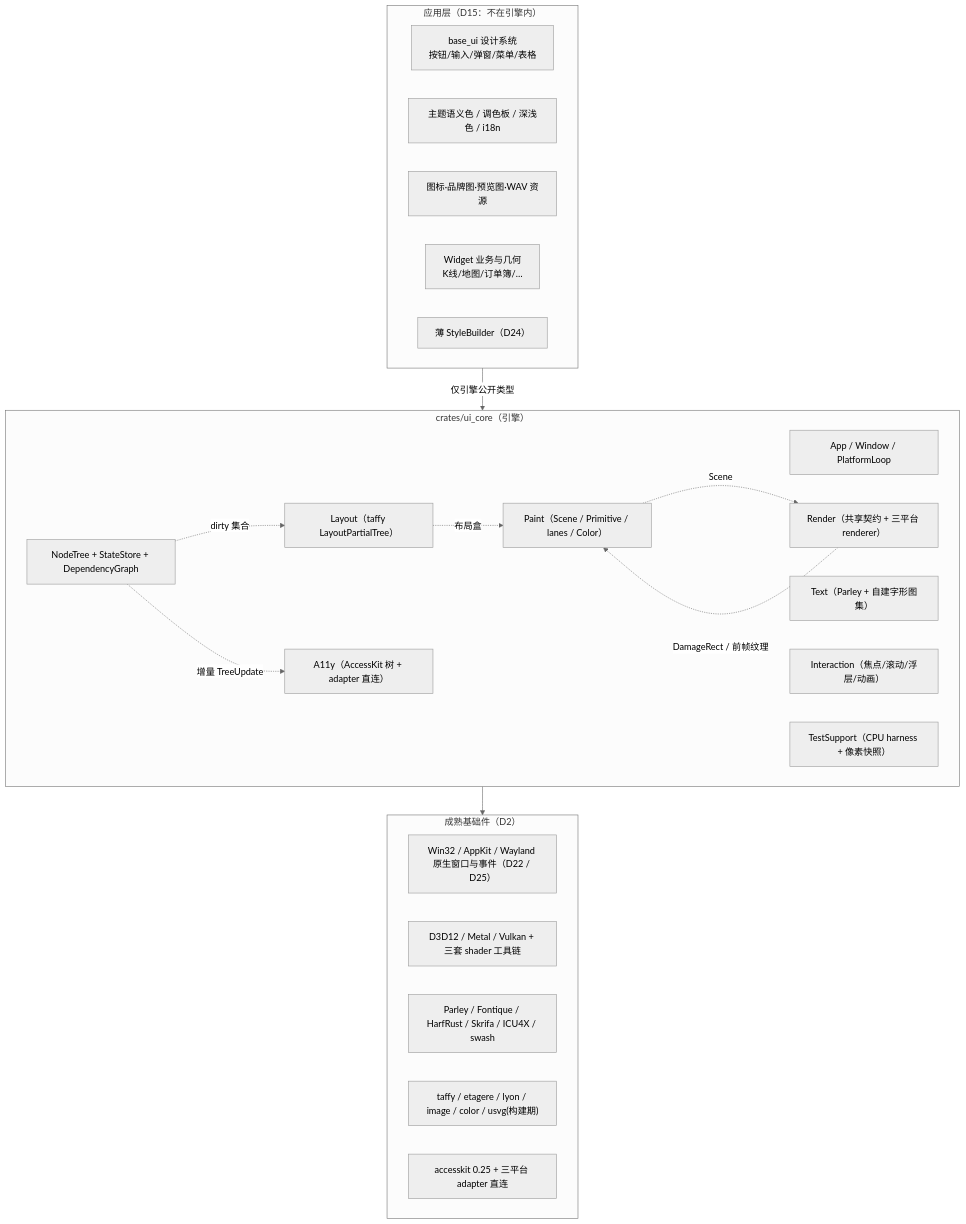
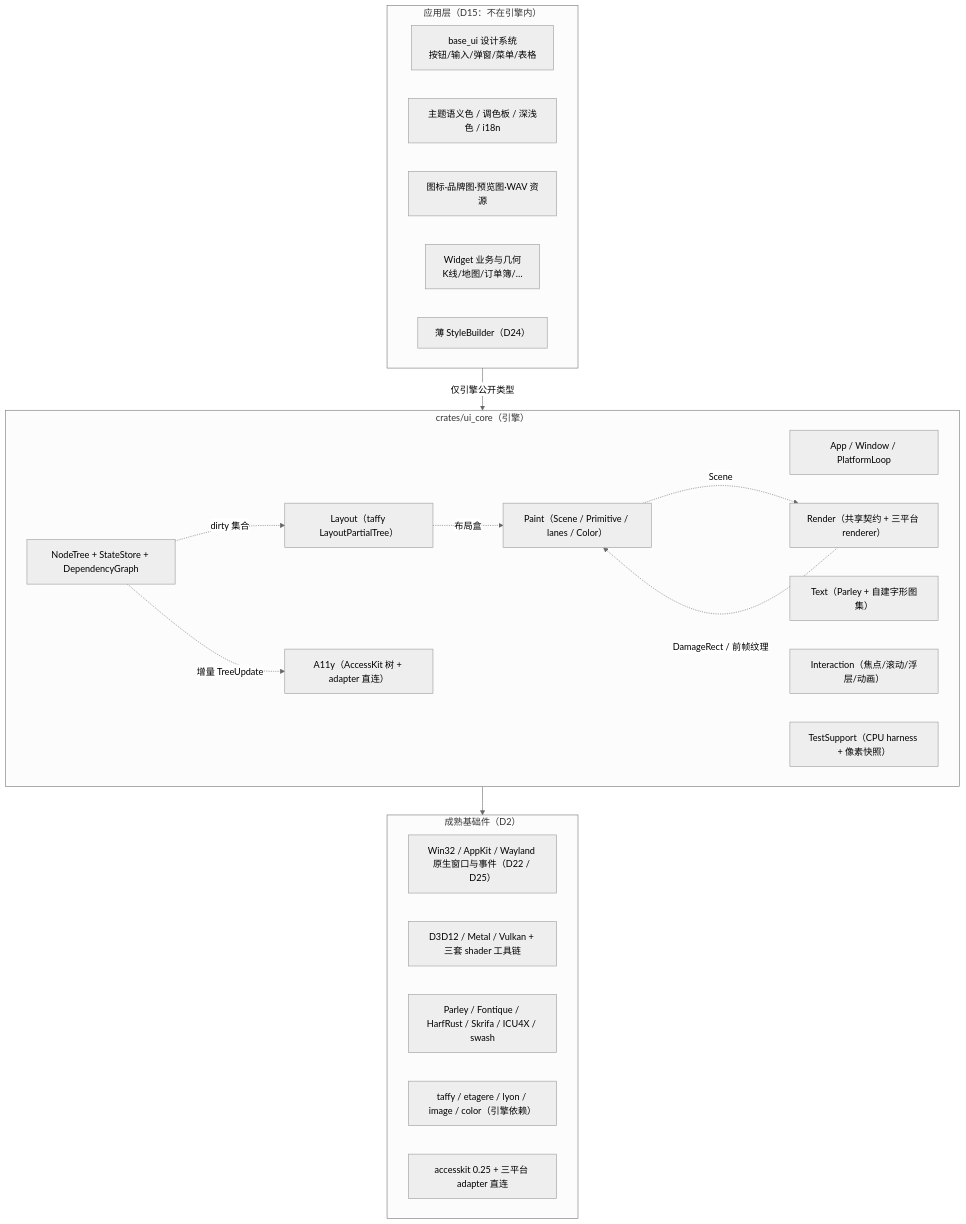
The first of 4 diagrams in crates/ui_core/design/custom-gui-engine-design.md (kytrix-industries/kytrix), drawn with Mermaid (neutral theme) before and after one commit. The commit also changed other lines of this file, not shown here.

````diff
--- a/crates/ui_core/design/custom-gui-engine-design.md
+++ b/crates/ui_core/design/custom-gui-engine-design.md
@@ -86,35 +99,35 @@
 ```mermaid
 flowchart TB
     subgraph APP["应用层（D15：不在引擎内）"]
         A1["base_ui 设计系统<br/>按钮/输入/弹窗/菜单/表格"]
         A2["主题语义色 / 调色板 / 深浅色 / i18n"]
         A3["图标·品牌图·预览图·WAV 资源"]
         A4["Widget 业务与几何<br/>K线/地图/订单簿/…"]
         A5["薄 StyleBuilder（D24）"]
     end
     subgraph ENG["crates/ui_core（引擎）"]
         E1["App / Window / PlatformLoop"]
         E2["NodeTree + StateStore + DependencyGraph"]
         E3["Layout（taffy LayoutPartialTree）"]
         E4["Text（Parley + 自建字形图集）"]
         E5["Paint（Scene / Primitive / lanes / Color）"]
         E6["Render（共享契约 + 三平台 renderer）"]
         E7["Interaction（焦点/滚动/浮层/动画）"]
         E8["A11y（AccessKit 树 + adapter 直连）"]
         E9["TestSupport（CPU harness + 像素快照）"]
     end
     subgraph BASE["成熟基础件（D2）"]
         B1["Win32 / AppKit / Wayland 原生窗口与事件（D22 / D25）"]
         B2["D3D12 / Metal / Vulkan + 三套 shader 工具链"]
         B3["Parley / Fontique / HarfRust / Skrifa / ICU4X / swash"]
-        B4["taffy / etagere / lyon / image / color / usvg(构建期)"]
+        B4["taffy / etagere / lyon / image / color（引擎依赖）"]
         B5["accesskit 0.25 + 三平台 adapter 直连"]
     end
     APP -->|" 仅引擎公开类型 "| ENG
     ENG --> BASE
     E2 -.->|" dirty 集合 "| E3
     E3 -.->|" 布局盒 "| E5
     E5 -.->|" Scene "| E6
     E6 -.->|" DamageRect / 前帧纹理 "| E5
     E2 -.->|" 增量 TreeUpdate "| E8
 ```
````
